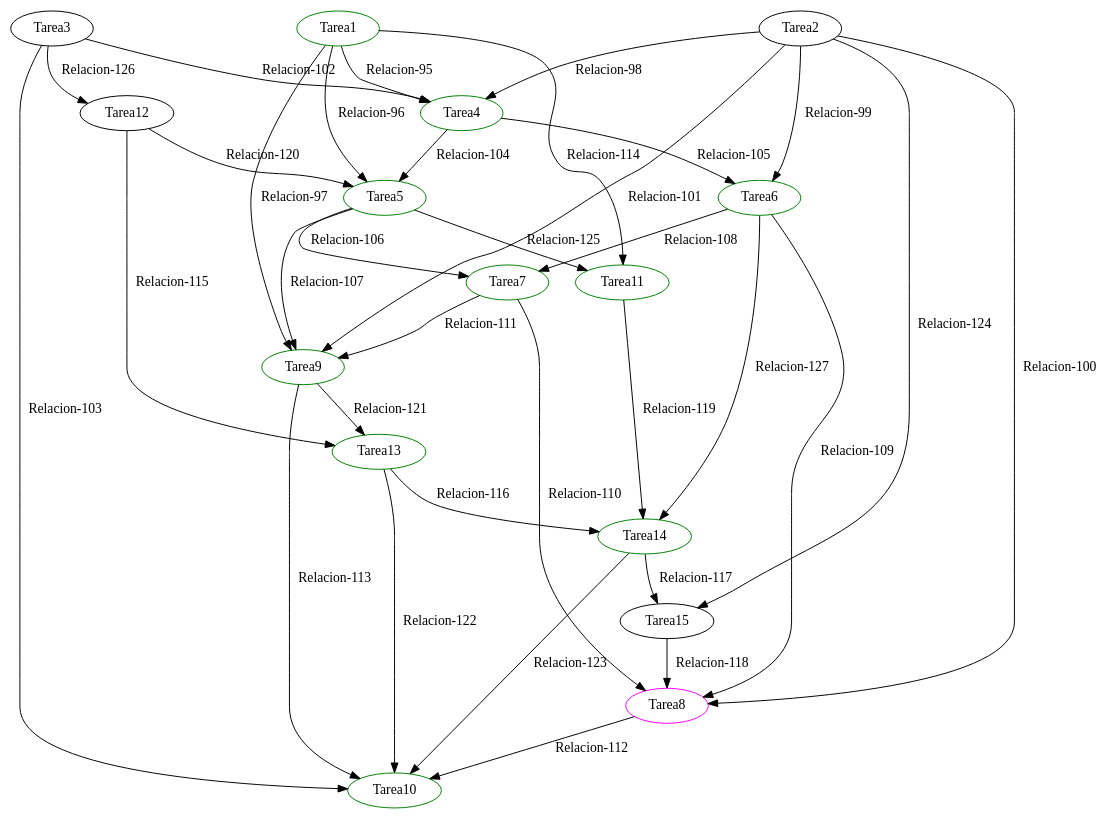
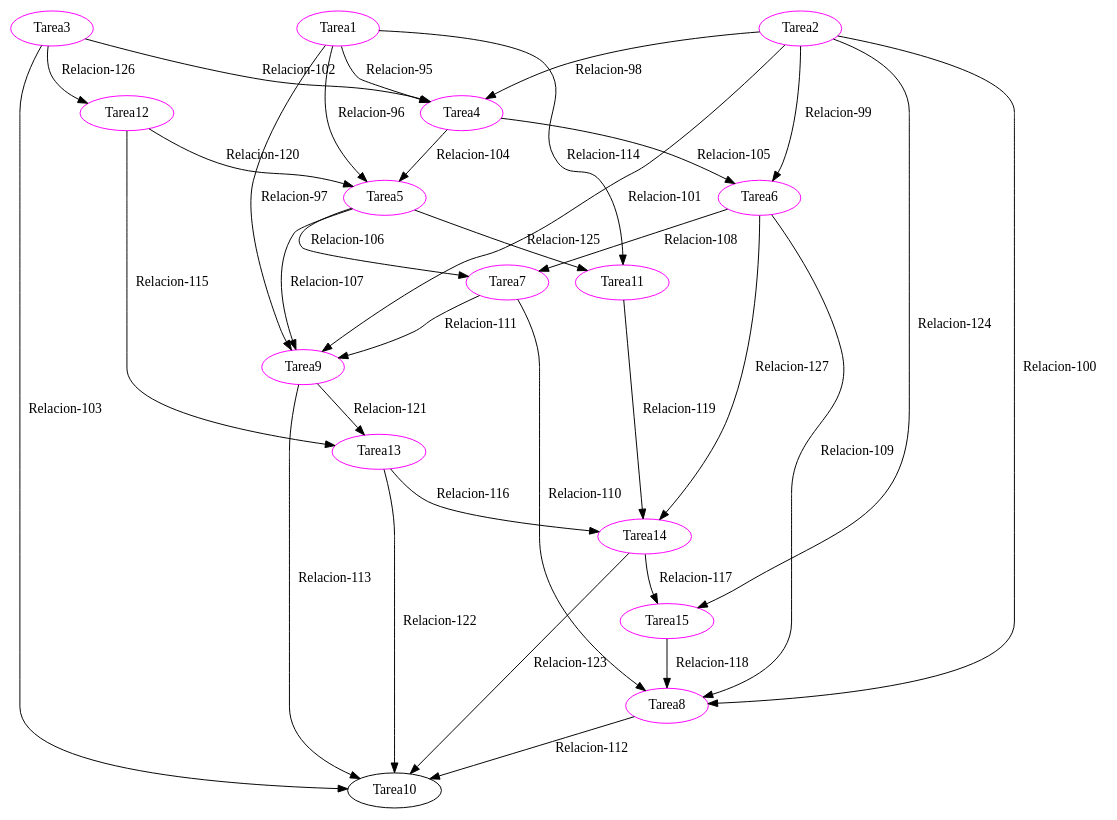
The diagram in exports/ejercicio3b_3.dot (ExceptionMaster/PI3), drawn with Graphviz before and after one commit. The commit also changed 4 other files, not shown here.

```diff
--- a/exports/ejercicio3b_3.dot
+++ b/exports/ejercicio3b_3.dot
@@ -1,50 +1,50 @@
 strict digraph G {
-  1 [ color="green" label="Tarea1" ];
-  2 [ color="black" label="Tarea2" ];
-  3 [ color="black" label="Tarea3" ];
-  4 [ color="green" label="Tarea4" ];
-  5 [ color="green" label="Tarea5" ];
-  6 [ color="green" label="Tarea6" ];
-  7 [ color="green" label="Tarea7" ];
+  1 [ color="magenta" label="Tarea1" ];
+  2 [ color="magenta" label="Tarea2" ];
+  3 [ color="magenta" label="Tarea3" ];
+  4 [ color="magenta" label="Tarea4" ];
+  5 [ color="magenta" label="Tarea5" ];
+  6 [ color="magenta" label="Tarea6" ];
+  7 [ color="magenta" label="Tarea7" ];
   8 [ color="magenta" label="Tarea8" ];
-  9 [ color="green" label="Tarea9" ];
-  10 [ color="green" label="Tarea10" ];
-  11 [ color="green" label="Tarea11" ];
-  12 [ color="black" label="Tarea12" ];
-  13 [ color="green" label="Tarea13" ];
-  14 [ color="green" label="Tarea14" ];
-  15 [ color="black" label="Tarea15" ];
+  9 [ color="magenta" label="Tarea9" ];
+  10 [ color="black" label="Tarea10" ];
+  11 [ color="magenta" label="Tarea11" ];
+  12 [ color="magenta" label="Tarea12" ];
+  13 [ color="magenta" label="Tarea13" ];
+  14 [ color="magenta" label="Tarea14" ];
+  15 [ color="magenta" label="Tarea15" ];
   1 -> 4 [ color="black" label="Relacion-95" ];
   1 -> 5 [ color="black" label="Relacion-96" ];
   1 -> 9 [ color="black" label="Relacion-97" ];
   2 -> 4 [ color="black" label="Relacion-98" ];
   2 -> 6 [ color="black" label="Relacion-99" ];
   2 -> 8 [ color="black" label="Relacion-100" ];
   2 -> 9 [ color="black" label="Relacion-101" ];
   3 -> 4 [ color="black" label="Relacion-102" ];
   3 -> 10 [ color="black" label="Relacion-103" ];
   4 -> 5 [ color="black" label="Relacion-104" ];
   4 -> 6 [ color="black" label="Relacion-105" ];
   5 -> 7 [ color="black" label="Relacion-106" ];
   5 -> 9 [ color="black" label="Relacion-107" ];
   6 -> 7 [ color="black" label="Relacion-108" ];
   6 -> 8 [ color="black" label="Relacion-109" ];
   7 -> 8 [ color="black" label="Relacion-110" ];
   7 -> 9 [ color="black" label="Relacion-111" ];
   8 -> 10 [ color="black" label="Relacion-112" ];
   9 -> 10 [ color="black" label="Relacion-113" ];
   1 -> 11 [ color="black" label="Relacion-114" ];
   12 -> 13 [ color="black" label="Relacion-115" ];
   13 -> 14 [ color="black" label="Relacion-116" ];
   14 -> 15 [ color="black" label="Relacion-117" ];
   15 -> 8 [ color="black" label="Relacion-118" ];
   11 -> 14 [ color="black" label="Relacion-119" ];
   12 -> 5 [ color="black" label="Relacion-120" ];
   9 -> 13 [ color="black" label="Relacion-121" ];
   13 -> 10 [ color="black" label="Relacion-122" ];
   14 -> 10 [ color="black" label="Relacion-123" ];
   2 -> 15 [ color="black" label="Relacion-124" ];
   5 -> 11 [ color="black" label="Relacion-125" ];
   3 -> 12 [ color="black" label="Relacion-126" ];
   6 -> 14 [ color="black" label="Relacion-127" ];
 }
```
